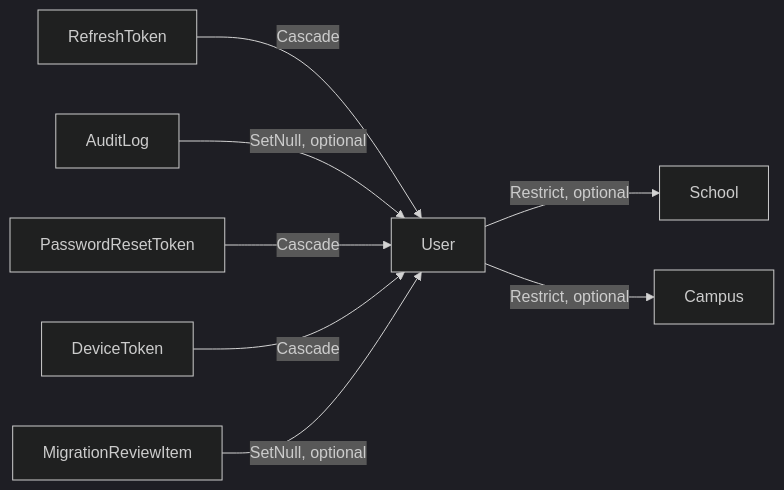
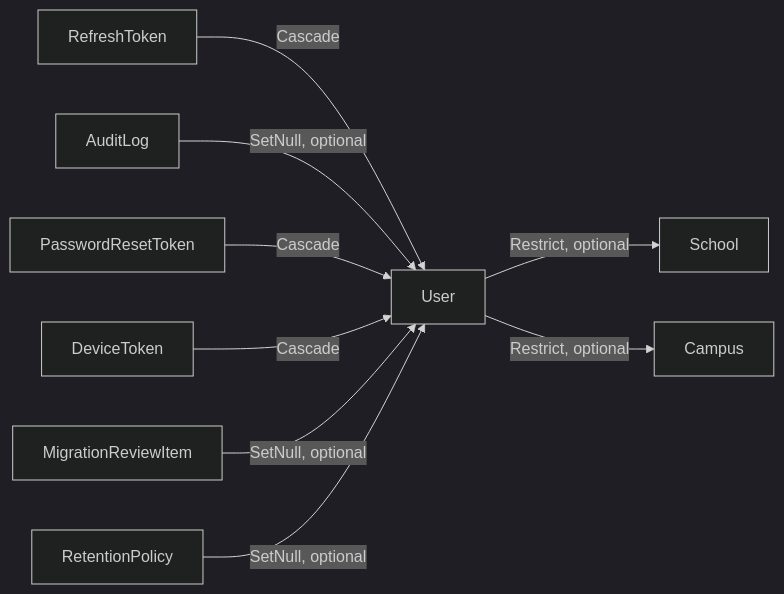
The first of 7 diagrams in docs/database/ERD.md (zainknoman/SchoolOS), drawn with Mermaid (dark theme) before and after one commit. The commit also changed other lines of this file and 54 other files, not shown here.

````diff
--- a/docs/database/ERD.md
+++ b/docs/database/ERD.md
@@ -8,10 +8,11 @@
 ```mermaid
 flowchart LR
   User -->|Restrict, optional| School
   User -->|Restrict, optional| Campus
   RefreshToken -->|Cascade| User
   AuditLog -->|SetNull, optional| User
   PasswordResetToken -->|Cascade| User
   DeviceToken -->|Cascade| User
   MigrationReviewItem -->|SetNull, optional| User
+  RetentionPolicy -->|SetNull, optional| User
 ```
````
